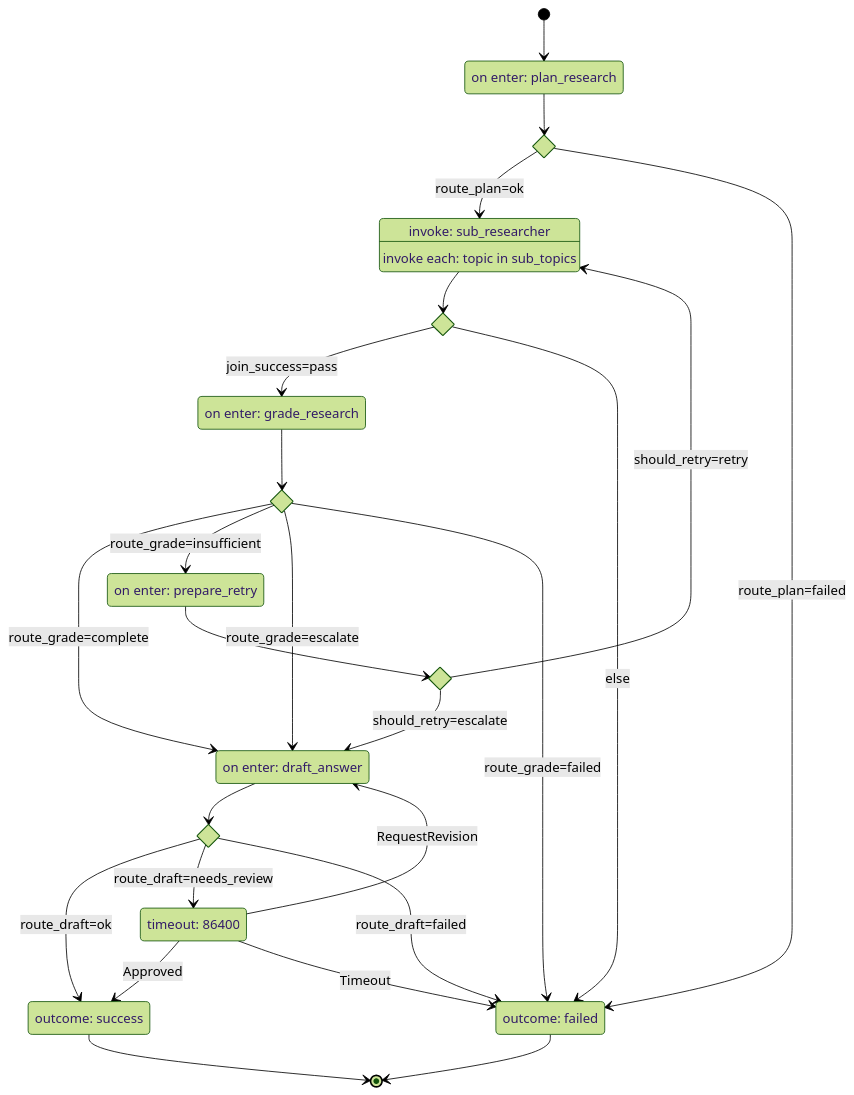
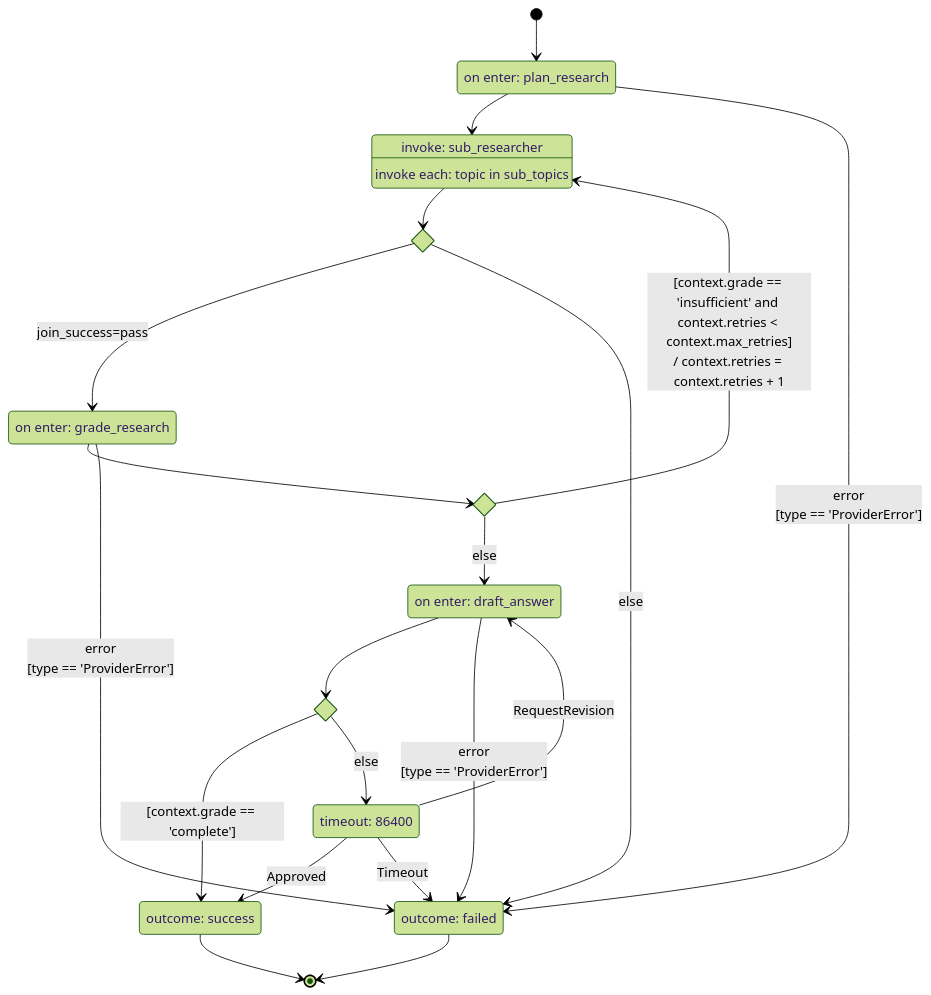
Before and after one commit to acasadom/harel-agents: the diagram in README.md, drawn with Mermaid (forest theme). The commit also changed other lines of this file and 9 other files, not shown here.

````diff
--- a/README.md
+++ b/README.md
@@ -18,41 +18,33 @@
 ```mermaid
 stateDiagram-v2
 [*] --> Planning
 Planning : on enter: plan_research
 Researching : invoke: sub_researcher
 Researching : invoke each: topic in sub_topics
 Grading : on enter: grade_research
-Refining : on enter: prepare_retry
 Drafting : on enter: draft_answer
 HumanReview : timeout: 86400
 Done : outcome: success
 Failed : outcome: failed
-state Planning__route_plan <<choice>>
-Planning --> Planning__route_plan
-Planning__route_plan --> Researching : route_plan=ok
-Planning__route_plan --> Failed : route_plan=failed
+Planning --> Researching
+Planning --> Failed : error<br/>[type == 'ProviderError']
 state Researching__join_success <<choice>>
 Researching --> Researching__join_success
 Researching__join_success --> Grading : join_success=pass
 Researching__join_success --> Failed : else
-state Grading__route_grade <<choice>>
-Grading --> Grading__route_grade
-Grading__route_grade --> Drafting : route_grade=complete
-Grading__route_grade --> Refining : route_grade=insufficient
-Grading__route_grade --> Drafting : route_grade=escalate
-Grading__route_grade --> Failed : route_grade=failed
-state Refining__should_retry <<choice>>
-Refining --> Refining__should_retry
-Refining__should_retry --> Researching : should_retry=retry
-Refining__should_retry --> Drafting : should_retry=escalate
-state Drafting__route_draft <<choice>>
-Drafting --> Drafting__route_draft
-Drafting__route_draft --> Done : route_draft=ok
-Drafting__route_draft --> HumanReview : route_draft=needs_review
-Drafting__route_draft --> Failed : route_draft=failed
+state Grading__choose <<choice>>
+Grading --> Grading__choose
+Grading__choose --> Researching : [context.grade == 'insufficient' and context.retries < context.max_retries]<br/>/ context.retries = context.retries + 1
+Grading__choose --> Drafting : else
+Grading --> Failed : error<br/>[type == 'ProviderError']
+state Drafting__choose <<choice>>
+Drafting --> Drafting__choose
+Drafting__choose --> Done : [context.grade == 'complete']
+Drafting__choose --> HumanReview : else
+Drafting --> Failed : error<br/>[type == 'ProviderError']
 HumanReview --> Done : Approved
 HumanReview --> Drafting : RequestRevision
 HumanReview --> Failed : Timeout
 Done --> [*]
 Failed --> [*]
 ```
````
